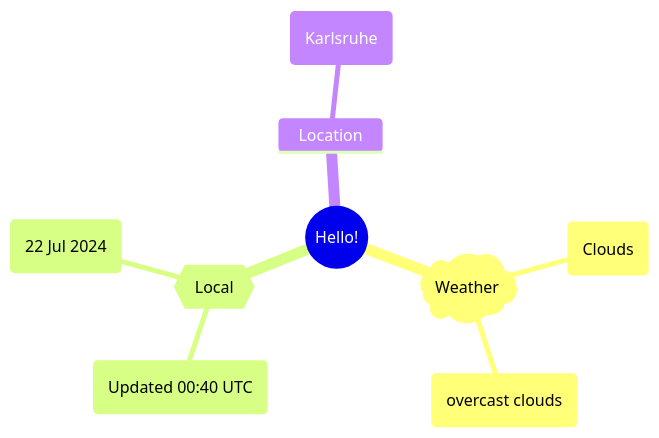
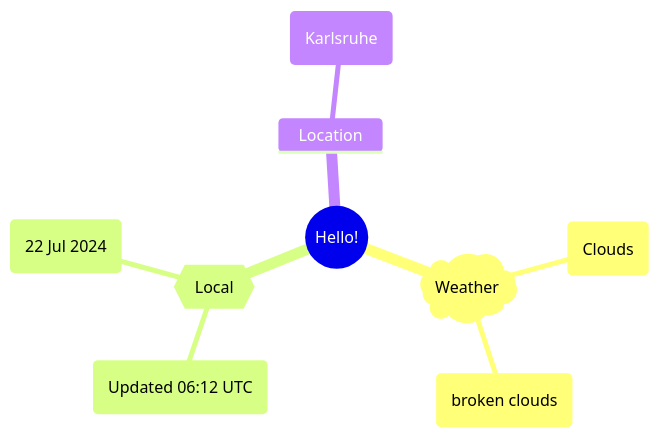
The first of 2 diagrams in README.md (Xosrov/Xosrov), drawn with Mermaid before and after one commit.

Commit message:
[bot] updated images

````diff
--- a/README.md
+++ b/README.md
@@ -3,12 +3,12 @@
 ```mermaid
 mindmap
   root((Hello!))
     )Weather(
         (Clouds)
-        (overcast clouds)
+        (broken clouds)
     {{Local}}
-        (Updated 00:40 UTC)
+        (Updated 06:12 UTC)
         (22 Jul 2024)
     Location
         (Karlsruhe)
 ```
````
